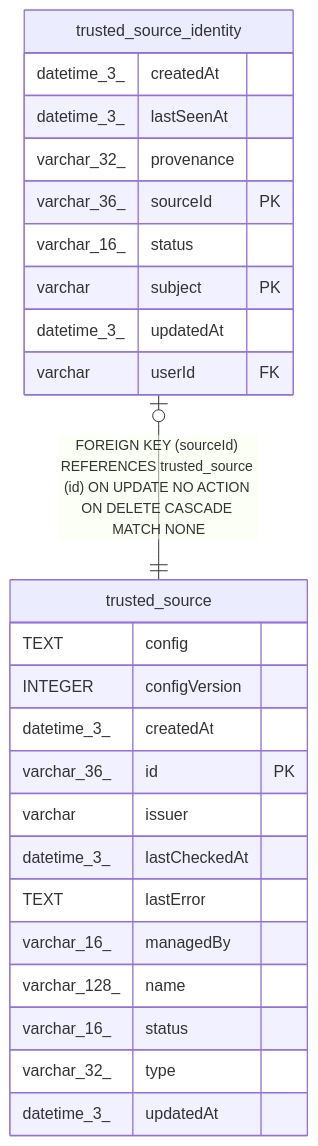
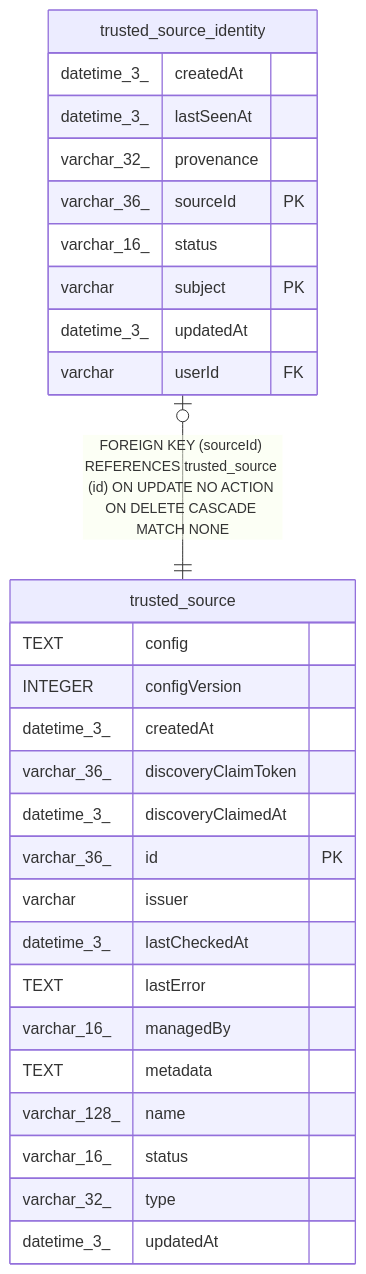
Before and after one commit to sreent/n8n: the diagram in docs/generated/sqlite-schema/trusted_source.md, drawn with Mermaid. The commit also changed other lines of this file and 7993 other files, not shown here.

````diff
--- a/docs/generated/sqlite-schema/trusted_source.md
+++ b/docs/generated/sqlite-schema/trusted_source.md
@@ -48,30 +51,33 @@
 ```mermaid
 erDiagram
 
 "trusted_source_identity" |o--|| "trusted_source" : "FOREIGN KEY (sourceId) REFERENCES trusted_source (id) ON UPDATE NO ACTION ON DELETE CASCADE MATCH NONE"
 
 "trusted_source" {
   TEXT config
   INTEGER configVersion
   datetime_3_ createdAt
+  varchar_36_ discoveryClaimToken
+  datetime_3_ discoveryClaimedAt
   varchar_36_ id PK
   varchar issuer
   datetime_3_ lastCheckedAt
   TEXT lastError
   varchar_16_ managedBy
+  TEXT metadata
   varchar_128_ name
   varchar_16_ status
   varchar_32_ type
   datetime_3_ updatedAt
 }
 "trusted_source_identity" {
   datetime_3_ createdAt
   datetime_3_ lastSeenAt
   varchar_32_ provenance
   varchar_36_ sourceId PK
   varchar_16_ status
   varchar subject PK
   datetime_3_ updatedAt
   varchar userId FK
 }
 ```
````
